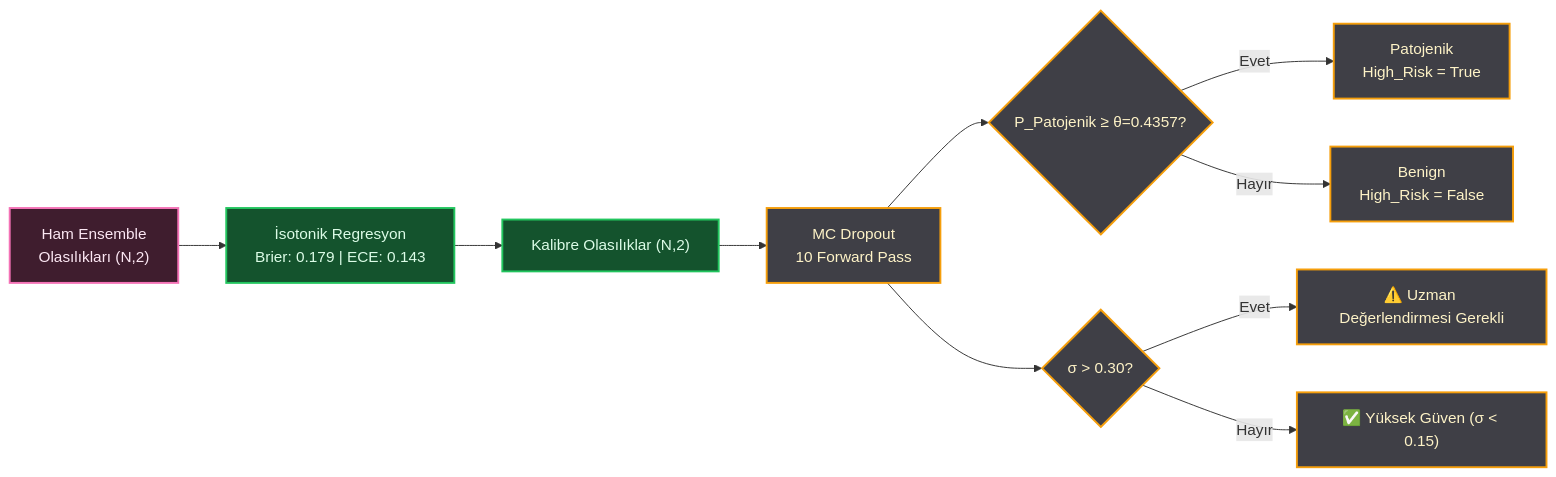
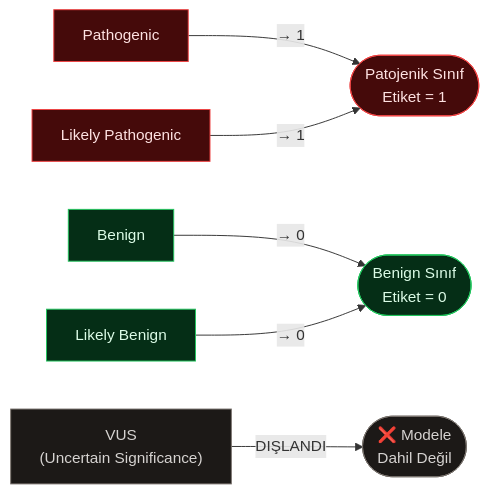
Before and after one commit to msgxr/VARIANT-GNN: the sixth of 19 diagrams in README.md, drawn with Mermaid. The commit also changed other lines of this file, not shown here.

Commit message:
docs: README nirvana revizyonu — 17 bölüm, 12 mermaid diyagram, tam görsel hiyerarşi

````diff
--- a/README.md
+++ b/README.md
@@ -195,19 +436,18 @@
 ```mermaid
-graph LR
-    classDef raw fill:#3f1d2e,stroke:#f472b6,stroke-width:2px,color:#fce7f3
-    classDef cal fill:#14532d,stroke:#22c55e,stroke-width:2px,color:#dcfce7
-    classDef dec fill:#3f3f46,stroke:#f59e0b,stroke-width:2px,color:#fef3c7
+flowchart LR
+    classDef path fill:#450a0a,stroke:#ef4444,color:#fee2e2
+    classDef ben  fill:#052e16,stroke:#22c55e,color:#dcfce7
+    classDef vus  fill:#1c1917,stroke:#78716c,color:#d6d3d1
 
-    E["Ham Ensemble\nOlasılıkları (N,2)"]:::raw
-    E --> ISO["İsotonik Regresyon\nBrier: 0.179 | ECE: 0.143"]:::cal
-    ISO --> CAL_OUT["Kalibre Olasılıklar (N,2)"]:::cal
+    LP["Likely Pathogenic"]:::path
+    P["Pathogenic"]:::path
+    LB["Likely Benign"]:::ben
+    B["Benign"]:::ben
+    VUS["VUS\n(Uncertain Significance)"]:::vus
 
-    CAL_OUT --> MC_IN["MC Dropout\n10 Forward Pass"]:::dec
-    MC_IN --> THR{"P_Patojenik ≥ θ=0.4357?"}:::dec
-    THR -- "Evet" --> PAT["Patojenik\nHigh_Risk = True"]:::dec
-    THR -- "Hayır" --> BEN["Benign\nHigh_Risk = False"]:::dec
-
-    MC_IN --> STD{"σ > 0.30?"}:::dec
-    STD -- "Evet" --> FLAG["⚠️ Uzman Değerlendirmesi Gerekli"]:::dec
-    STD -- "Hayır" --> HIGH["✅ Yüksek Güven (σ < 0.15)"]:::dec
+    P  -- "→ 1" --> PAT(["Patojenik Sınıf\nEtiket = 1"]):::path
+    LP -- "→ 1" --> PAT
+    B  -- "→ 0" --> BEN(["Benign Sınıf\nEtiket = 0"]):::ben
+    LB -- "→ 0" --> BEN
+    VUS -- "DIŞLANDI" --> EX(["❌ Modele\nDahil Değil"]):::vus
 ```
````
